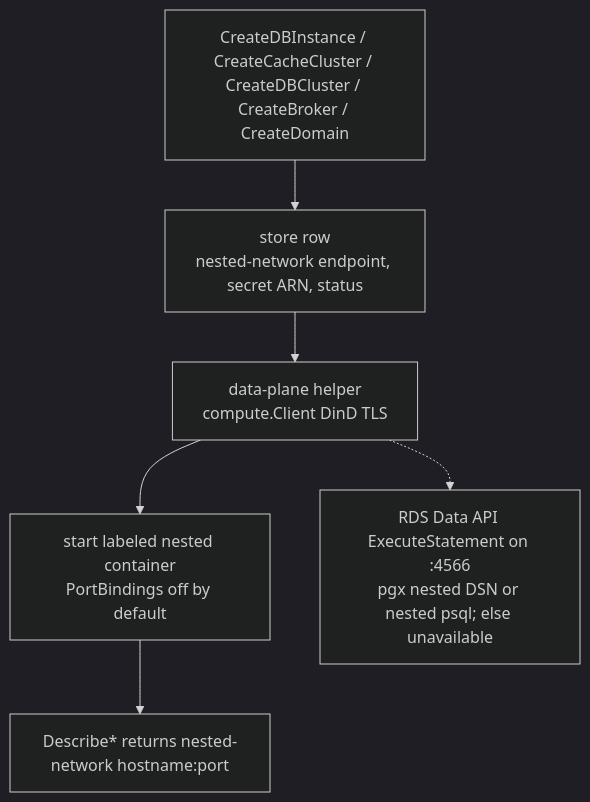
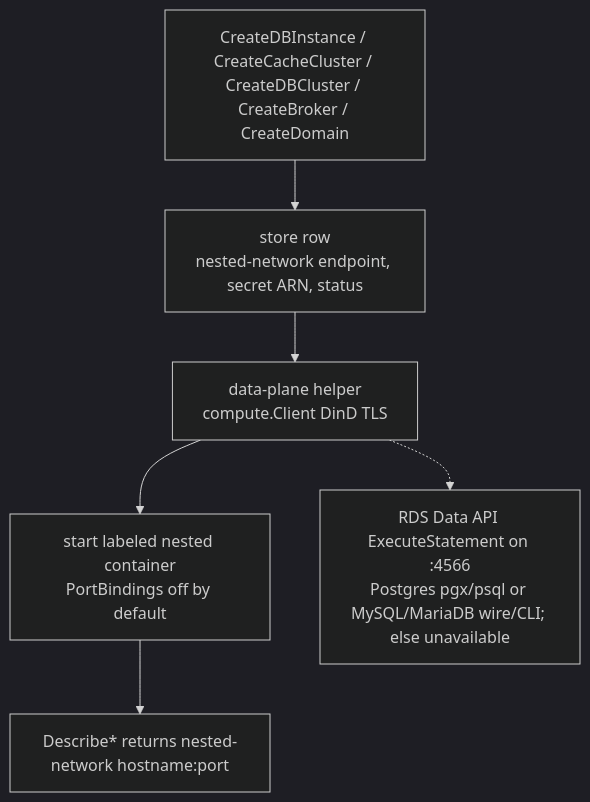
One commit to Kyaxris-Labs/Noctaxris changed the second of 2 diagrams in docs/architecture.md. Above: the diagram before and after it, drawn with Mermaid (dark theme). The commit also changed other lines of this file and 106 other files, not shown here.

````diff
--- a/docs/architecture.md
+++ b/docs/architecture.md
@@ -93,12 +93,12 @@
 ```mermaid
 flowchart TD
   Create["CreateDBInstance / CreateCacheCluster / CreateDBCluster / CreateBroker / CreateDomain"]
   Store["store row<br/>nested-network endpoint, secret ARN, status"]
   Helper["data-plane helper<br/>compute.Client DinD TLS"]
   Start["start labeled nested container<br/>PortBindings off by default"]
   Describe["Describe* returns nested-network hostname:port"]
-  DataAPI["RDS Data API ExecuteStatement on :4566<br/>pgx nested DSN or nested psql; else unavailable"]
+  DataAPI["RDS Data API ExecuteStatement on :4566<br/>Postgres pgx/psql or MySQL/MariaDB wire/CLI; else unavailable"]
 
   Create --> Store --> Helper --> Start --> Describe
   Helper -.-> DataAPI
 ```
````
